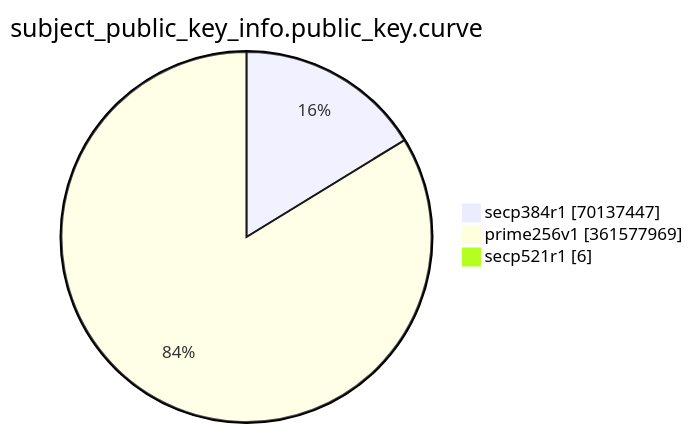
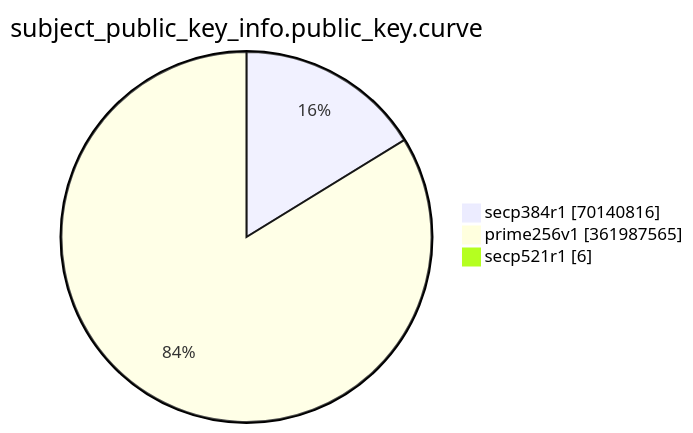
One commit to christiankrug/ctmonitor_visualization changed the eighth of 15 diagrams in TOTAL/README.md. Above: the diagram before and after it, drawn with Mermaid. The commit also changed other lines of this file, not shown here.

````diff
--- a/TOTAL/README.md
+++ b/TOTAL/README.md
@@ -3086,7 +3086,7 @@
 ```mermaid
 pie showData
 title subject_public_key_info.public_key.curve
-"secp384r1" :70137447
-"prime256v1" :361577969
+"secp384r1" :70140816
+"prime256v1" :361987565
 "secp521r1" :6
 ```
````
